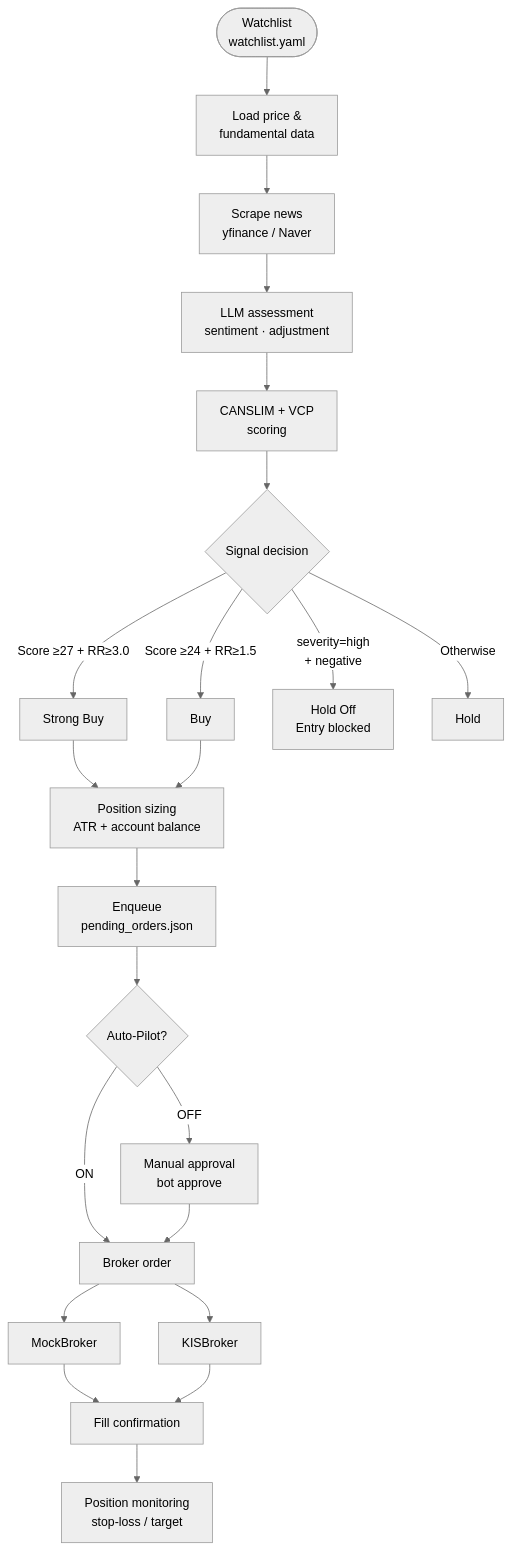
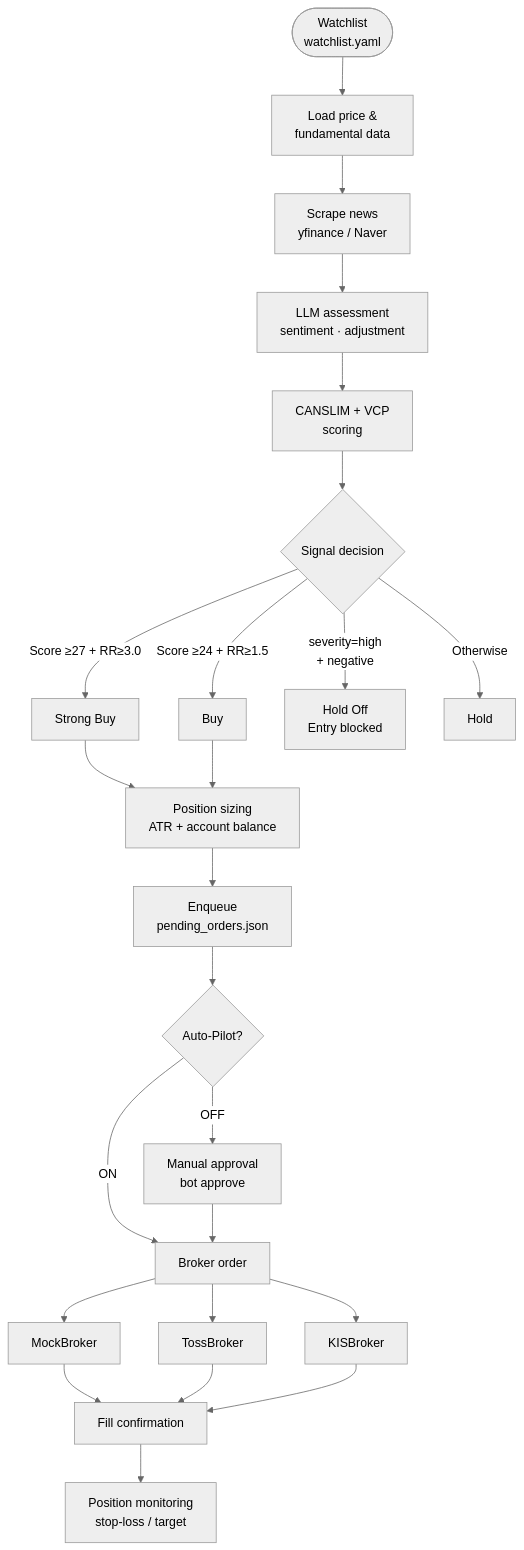
The second of 3 diagrams in README.md (meliday/AlphaBot-V3), drawn with Mermaid (neutral theme) before and after one commit. The commit also changed other lines of this file and 42 other files, not shown here.

````diff
--- a/README.md
+++ b/README.md
@@ -64,27 +67,28 @@
 ```mermaid
 flowchart TD
     WL([Watchlist\nwatchlist.yaml]) --> FD[Load price &\nfundamental data]
     FD --> NEWS[Scrape news\nyfinance / Naver]
     NEWS --> LLM[LLM assessment\nsentiment · adjustment]
     LLM --> SCORE[CANSLIM + VCP\nscoring]
 
     SCORE --> SIG{Signal decision}
     SIG -->|Score ≥27 + RR≥3.0| SB[Strong Buy]
     SIG -->|Score ≥24 + RR≥1.5| B[Buy]
     SIG -->|severity=high\n+ negative| HO[Hold Off\nEntry blocked]
     SIG -->|Otherwise| HOLD[Hold]
 
     SB --> RISK[Position sizing\nATR + account balance]
     B --> RISK
     RISK --> QUEUE[Enqueue\npending_orders.json]
 
     QUEUE --> AUTO{Auto-Pilot?}
     AUTO -->|OFF| MAN[Manual approval\nbot approve]
     AUTO -->|ON| BROKER
     MAN --> BROKER[Broker order]
 
     BROKER --> JJ[MockBroker]
-    BROKER --> KK[KISBroker]
-    JJ & KK --> FILL[Fill confirmation]
+    BROKER --> KK[TossBroker]
+    BROKER --> KL[KISBroker]
+    JJ & KK & KL --> FILL[Fill confirmation]
     FILL --> MONITOR[Position monitoring\nstop-loss / target]
 ```
````
